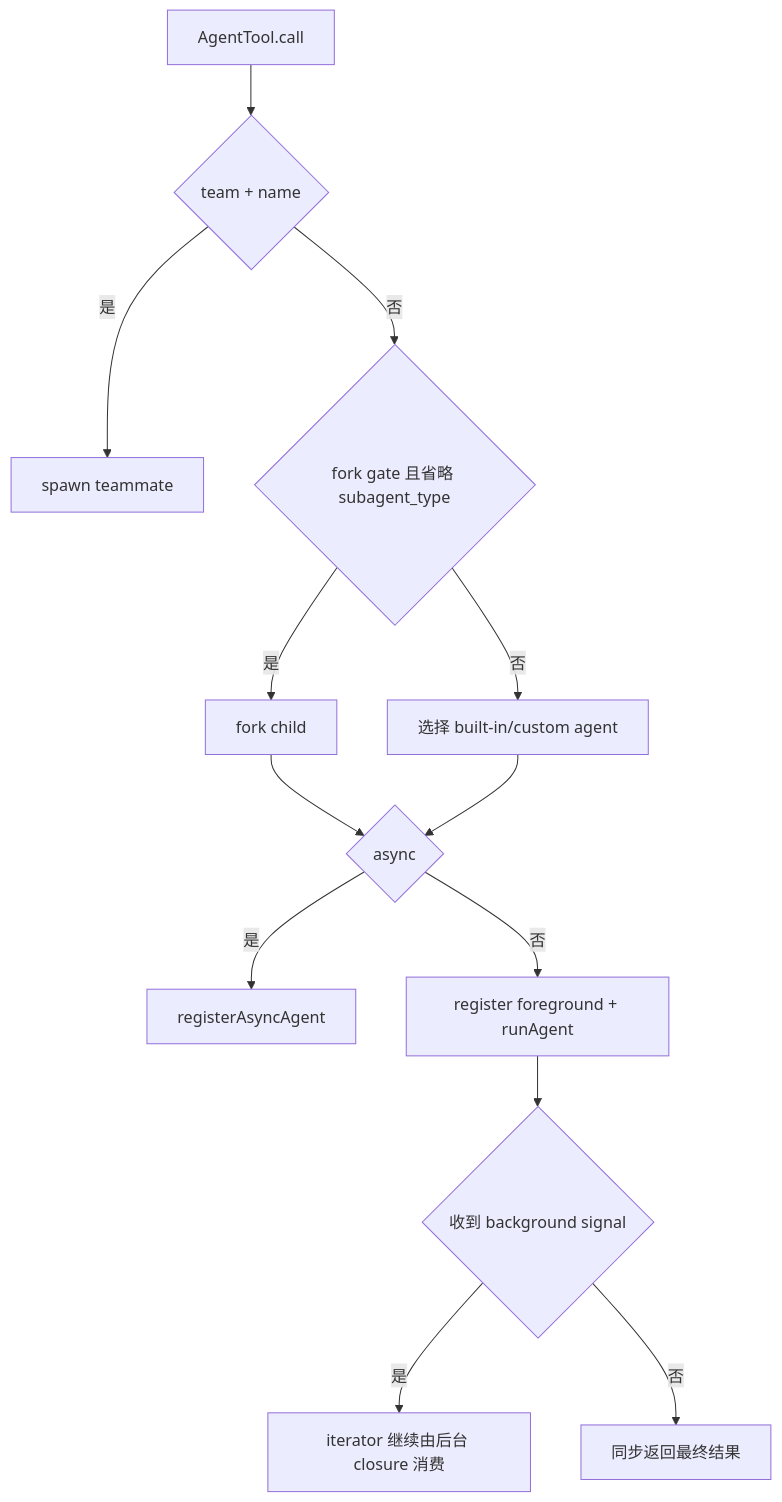
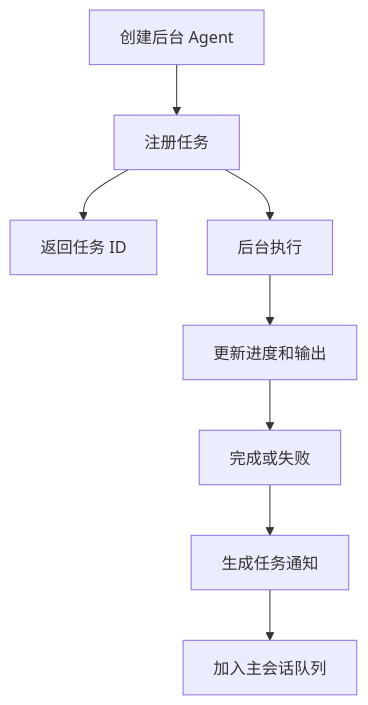
The second of 2 diagrams in docs/project-guide/08-agents-tasks-orchestration.md (Hanxcellent/openclaude), drawn with Mermaid before and after one commit. The commit also changed other lines of this file and 44 other files, not shown here.

````diff
--- a/docs/project-guide/08-agents-tasks-orchestration.md
+++ b/docs/project-guide/08-agents-tasks-orchestration.md
@@ -42,15 +70,10 @@
 ```mermaid
 flowchart TD
-  A[AgentTool.call] --> B{team + name}
-  B -- 是 --> C[spawn teammate]
-  B -- 否 --> D{fork gate 且省略 subagent_type}
-  D -- 是 --> E[fork child]
-  D -- 否 --> F[选择 built-in/custom agent]
-  E --> G{async}
-  F --> G
-  G -- 是 --> H[registerAsyncAgent]
-  G -- 否 --> I[register foreground + runAgent]
-  I --> J{收到 background signal}
-  J -- 是 --> K[iterator 继续由后台 closure 消费]
-  J -- 否 --> L[同步返回最终结果]
+  A[创建后台 Agent] --> B[注册任务]
+  B --> C[返回任务 ID]
+  B --> D[后台执行]
+  D --> E[更新进度和输出]
+  E --> F[完成或失败]
+  F --> G[生成任务通知]
+  G --> H[加入主会话队列]
 ```
````
